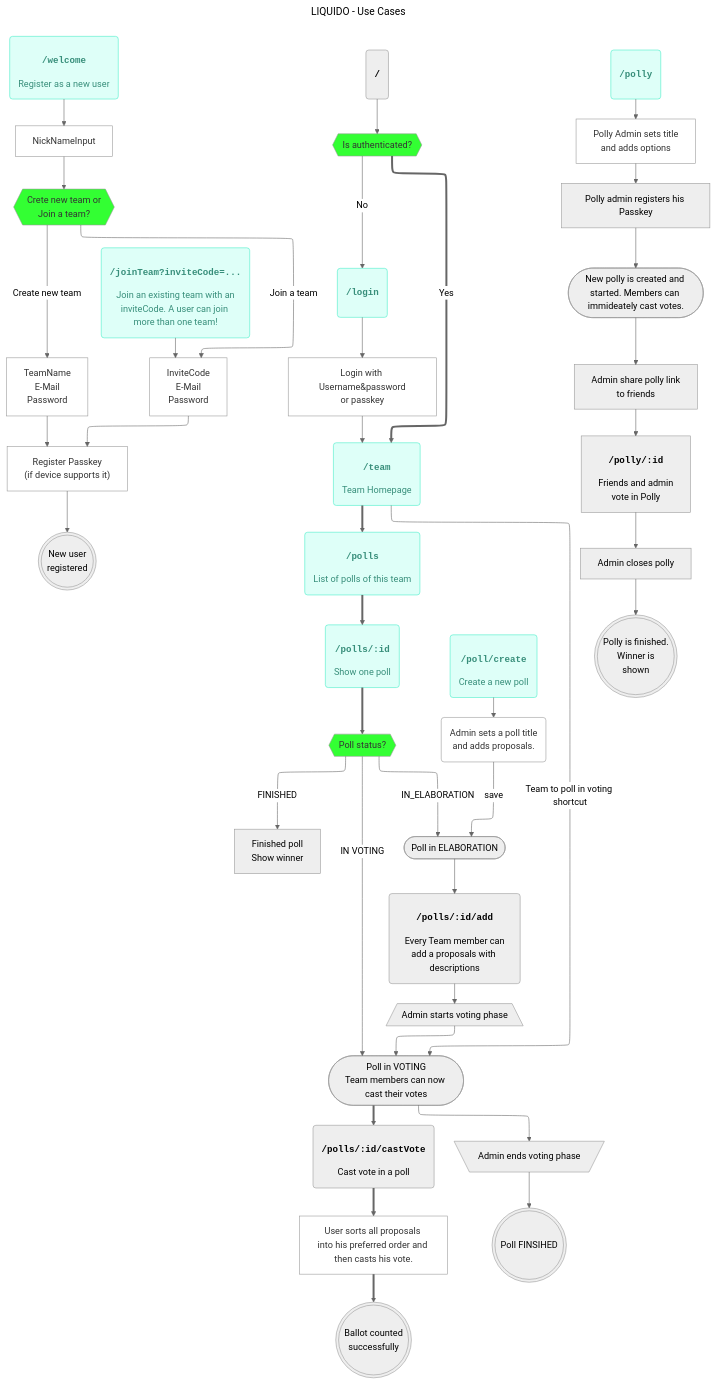
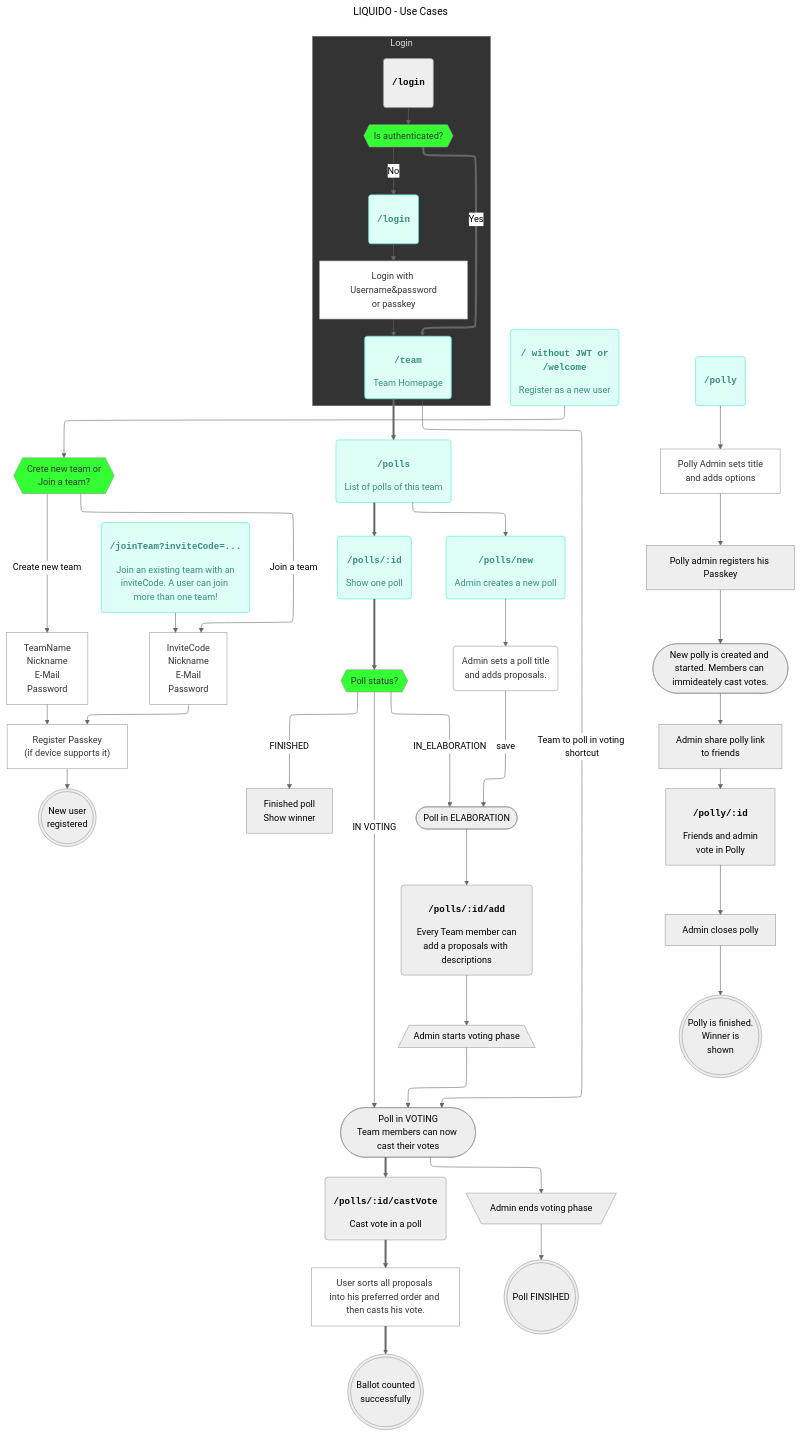
One commit to Doogiemuc/liquido-mobile-pwa-vue3 changed the diagram in docs/use-case-flows/liquido-screen-flow.mermaid. Above: the diagram before and after it, drawn with Mermaid.

Commit message:
updated mermaid chart

```diff
--- a/docs/use-case-flows/liquido-screen-flow.mermaid
+++ b/docs/use-case-flows/liquido-screen-flow.mermaid
@@ -1,96 +1,103 @@
 ---
 config:
   theme: neutral
   layout: elk
 title: LIQUIDO - Use Cases
 ---
 flowchart TB
-    Welcome("<pre><b>/welcome</b></pre> Register as a new user") 
-    --> NickNameInput["NickNameInput"]
+    Welcome("<pre><b>/ without JWT or
+/welcome</b></pre> Register as a new user") 
     --> CreateOrJoinTeam{{"Crete new team or
 Join a team?"}}
     CreateOrJoinTeam -- Create new team --> CreateTeamInput["TeamName
+Nickname
 E-Mail
 Password"]
     CreateOrJoinTeam -- Join a team --> JoinTeamInput["InviteCode
+Nickname
 E-Mail
 Password"]
     JoinTeam("<pre><b>/joinTeam?inviteCode=...</b></pre> Join an existing team with an inviteCode. A user can join more than one team!") 
     --> JoinTeamInput    
     CreateTeamInput & JoinTeamInput
     --> RegisterPasskey["Register Passkey<br>(if device supports it)"]
     --> NewUserRegistered
 
-    Index("<pre><b>/</b></pre>") 
-    --> IsAuthenticated{{"Is authenticated?"}}
-    IsAuthenticated == Yes ==> TeamHome
-    IsAuthenticated -- No --> Login
+    
     TeamHome("<pre><b>/team</b></pre> Team Homepage")
     ==> Polls("<pre><b>/polls</b></pre> List of polls of this team")
     ==> PollShow("<pre><b>/polls/:id</b></pre> Show one poll")
     ==> PollStatus{{"Poll status?"}}
+    Polls --> PollCreate
 
     PollStatus -- FINISHED --> ShowWinner["Finished poll\nShow winner"]
     PollStatus -- IN_ELABORATION --> PollInElaboration
     PollStatus -- IN VOTING --> PollInVoting
     
     TeamHome -- Team to poll in voting shortcut --> PollInVoting
 
     PollInVoting
     ==> CastVote("<pre><b>/polls/:id/castVote</b></pre> Cast vote in a poll")
     ==> CastVoteInput["User sorts all proposals into his preferred order and then casts his vote."]
     ==> BallotCasted
     
-    PollCreate("<pre><b>/poll/create</b></pre>Create a new poll") 
+    PollCreate("<pre><b>/polls/new</b></pre>Admin creates a new poll") 
     --> PollTitleInput("Admin sets a poll title\nand adds proposals.")
     -- save --> PollInElaboration(["Poll in ELABORATION"])
     --> AddProposal("<pre><b>/polls/:id/add</b></pre> Every Team member can add a proposals with descriptions") 
     --> StartVoting
     --> PollInVoting(["Poll in VOTING<br>Team members can now cast their votes"])
     --> EndVoting
     --> PollFinished
 
+    subgraph loginGraph [Login]
+    Index("<pre><b>/login</b></pre>") 
+    --> IsAuthenticated{{"Is authenticated?"}}
+    IsAuthenticated == Yes ==> TeamHome
+    IsAuthenticated -- No --> Login
     Login("<pre><b>/login</b></pre>")
     --> LoginInput["Login with Username&password<br>or passkey"]
     --> TeamHome
+    end
 
     CreatePolly("<pre><b>/polly</b></pre>")
     --> AddPollyOptions["Polly Admin sets title\nand adds options"]
     --> ClickCreatePasskey["Polly admin registers his Passkey"]
     --> PollyCreated(["New polly is created and started. Members can immideately cast votes."])
     --> SharePollyLink["Admin share polly link\nto friends"]
     --> FriendsVoteInPolly["<pre><b>/polly/:id</b></pre>Friends and admin\nvote in Polly"]
     --> AdminClosesPolly["Admin closes polly"]
     --> PollyFinished
 
-     NickNameInput:::UserInput
      CreateOrJoinTeam:::Decision
      CreateTeamInput:::UserInput
      JoinTeamInput:::UserInput
      RegisterPasskey:::UserInput
      IsAuthenticated:::Decision
      LoginInput:::UserInput
      Welcome:::Aqua
      JoinTeam:::Aqua
      TeamHome:::Aqua
+     loginGraph:::Grey
      Login:::Aqua
      Polls:::Aqua
      PollCreate:::Aqua
      PollShow:::Aqua
      PollStatus:::Decision
      CastVoteInput:::UserInput
      PollTitleInput:::UserInput
      AddPollyOptions:::UserInput
      NewUserRegistered@{ shape: dbl-circ, label: "New user<bR>registered" }
      StartVoting@{ shape: trap-b, label: "Admin starts voting phase" }
      EndVoting@{ shape: trap-t, label: "Admin ends voting phase" }
      PollFinished@{ shape: dbl-circ, label: "Poll FINSIHED" }
      BallotCasted@{ shape: dbl-circ, label: "Ballot counted<bR>successfully" }
      CreatePolly:::Aqua
      PollyFinished@{ shape: dbl-circ, label: "Polly is finished.\nWinner is\nshown" }
     classDef UserInput fill:#FFF,color:#333
     classDef Decision fill:#3F3,color:#333
     classDef Peach stroke-width:1px, stroke-dasharray:none, stroke:#FBB35A, fill:#FFEFDB, color:#8F632D
     classDef Pine stroke-width:1px, stroke-dasharray:none, stroke:#254336, fill:#27654A, color:#FFFFFF
     classDef Rose stroke-width:1px, stroke-dasharray:none, stroke:#FF5978, fill:#FFDFE5, color:#8E2236
     classDef Aqua stroke-width:1px, stroke-dasharray:none, stroke:#46EDC8, fill:#DEFFF8, color:#378E7A
+    classDef Grey stroke-width:1px, stroke-dasharray:none, stroke:#666666, fill:#333333, color:#DDDDDD
```
